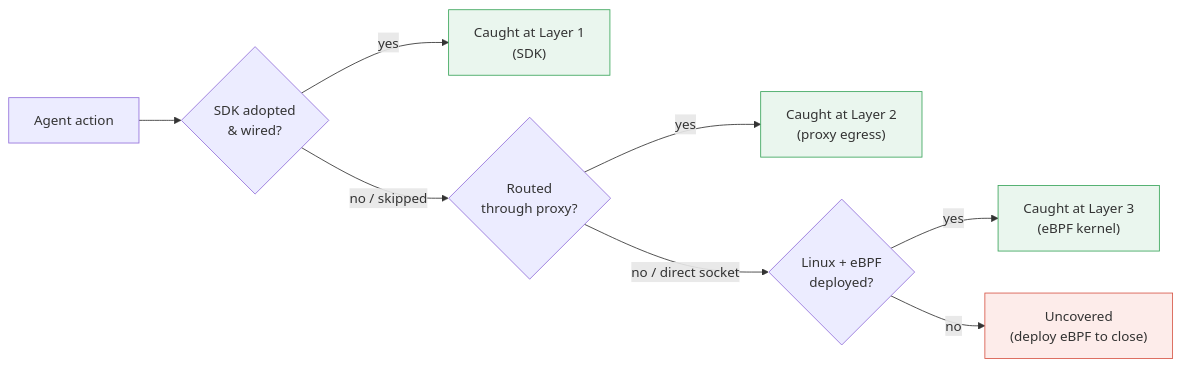
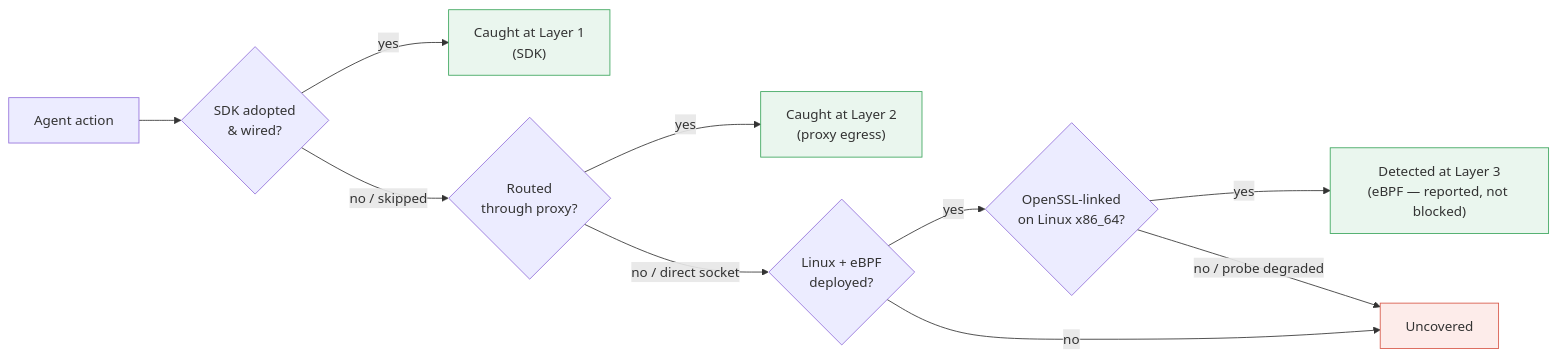
Before and after one commit to ai-agent-assembly/agent-assembly: the second of 2 diagrams in docs/src/security/three-layer-defense.md, drawn with Mermaid. The commit also changed other lines of this file, not shown here.

````diff
--- a/docs/src/security/three-layer-defense.md
+++ b/docs/src/security/three-layer-defense.md
@@ -111,13 +163,15 @@
 ```mermaid
 flowchart LR
     classDef catch fill:#eaf6ee,stroke:#3aa55b
     classDef miss fill:#fdecea,stroke:#d75748
 
     A["Agent action"] --> Q1{"SDK adopted<br/>& wired?"}
     Q1 -->|yes| C1["Caught at Layer 1<br/>(SDK)"]:::catch
     Q1 -->|"no / skipped"| Q2{"Routed<br/>through proxy?"}
     Q2 -->|yes| C2["Caught at Layer 2<br/>(proxy egress)"]:::catch
     Q2 -->|"no / direct socket"| Q3{"Linux + eBPF<br/>deployed?"}
-    Q3 -->|yes| C3["Caught at Layer 3<br/>(eBPF kernel)"]:::catch
-    Q3 -->|no| U["Uncovered<br/>(deploy eBPF to close)"]:::miss
+    Q3 -->|yes| Q4{"OpenSSL-linked<br/>on Linux x86_64?"}
+    Q4 -->|yes| C3["Detected at Layer 3<br/>(eBPF — reported, not blocked)"]:::catch
+    Q4 -->|"no / probe degraded"| U["Uncovered"]:::miss
+    Q3 -->|no| U
 ```
````
